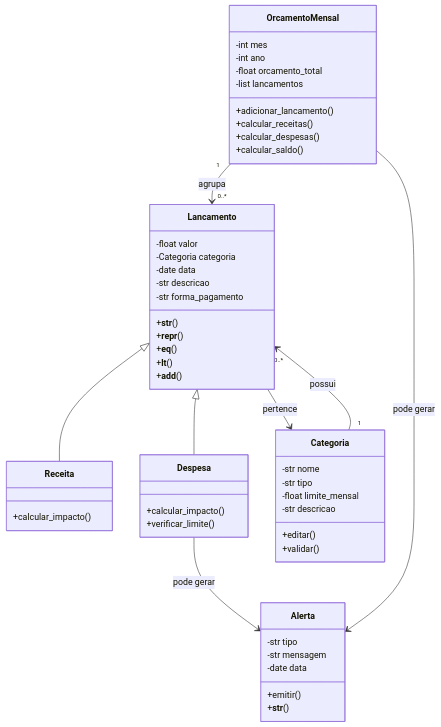
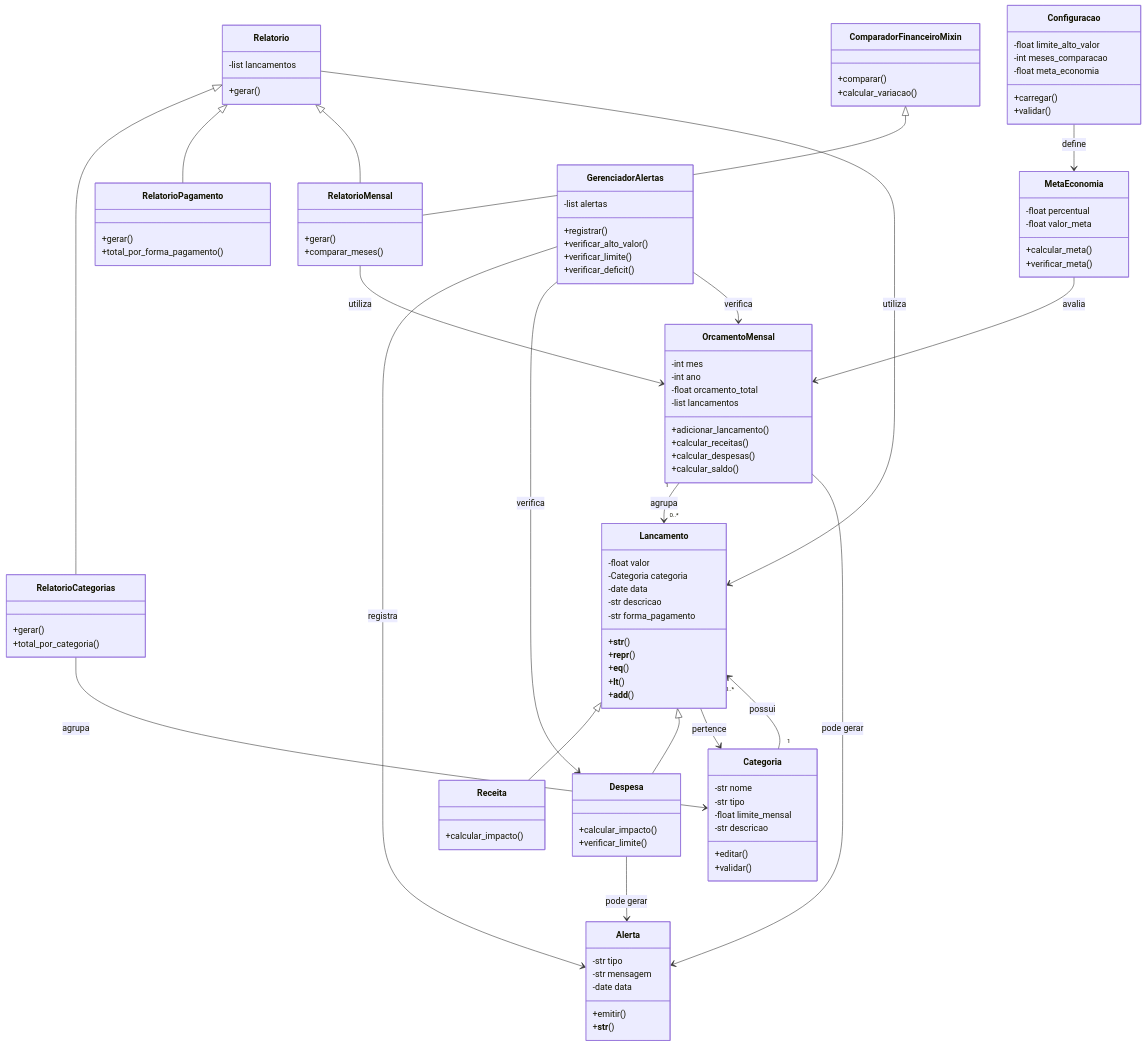
One commit to CaioOliveira-456/Projeto-POO-Sistema-de-Controle-de-Despesas-Pessoais changed the diagram in README.md. Above: the diagram before and after it, drawn with Mermaid. The commit also changed other lines of this file and 20 other files, not shown here.

Commit message:
Ajustes nas Classes, UML e pastas

````diff
--- a/README.md
+++ b/README.md
@@ -115,8 +160,63 @@
         +__str__()
     }
 
+    class Configuracao {
+        -float limite_alto_valor
+        -int meses_comparacao
+        -float meta_economia
+        +carregar()
+        +validar()
+    }
+
+    class MetaEconomia {
+        -float percentual
+        -float valor_meta
+        +calcular_meta()
+        +verificar_meta()
+    }
+
+    class Relatorio {
+        -list lancamentos
+        +gerar()
+    }
+
+    class RelatorioCategorias {
+        +gerar()
+        +total_por_categoria()
+    }
+
+    class RelatorioPagamento {
+        +gerar()
+        +total_por_forma_pagamento()
+    }
+
+    class RelatorioMensal {
+        +gerar()
+        +comparar_meses()
+    }
+
+    class ComparadorFinanceiroMixin {
+        +comparar()
+        +calcular_variacao()
+    }
+
+    class GerenciadorAlertas {
+        -list alertas
+        +registrar()
+        +verificar_alto_valor()
+        +verificar_limite()
+        +verificar_deficit()
+    }
+
+
     Lancamento <|-- Receita
     Lancamento <|-- Despesa
+
+    Relatorio <|-- RelatorioCategorias
+    Relatorio <|-- RelatorioPagamento
+
+    Relatorio <|-- RelatorioMensal
+    ComparadorFinanceiroMixin <|-- RelatorioMensal
 
     Categoria "1" --> "0..*" Lancamento : possui
     OrcamentoMensal "1" --> "0..*" Lancamento : agrupa
@@ -125,4 +225,16 @@
 
     Despesa --> Alerta : pode gerar
     OrcamentoMensal --> Alerta : pode gerar
+
+    Configuracao --> MetaEconomia : define
+    GerenciadorAlertas --> Alerta : registra
+
+    GerenciadorAlertas --> Despesa : verifica
+    GerenciadorAlertas --> OrcamentoMensal : verifica
+
+    Relatorio --> Lancamento : utiliza
+    RelatorioCategorias --> Categoria : agrupa
+    RelatorioMensal --> OrcamentoMensal : utiliza
+
+    MetaEconomia --> OrcamentoMensal : avalia
 ```
````
